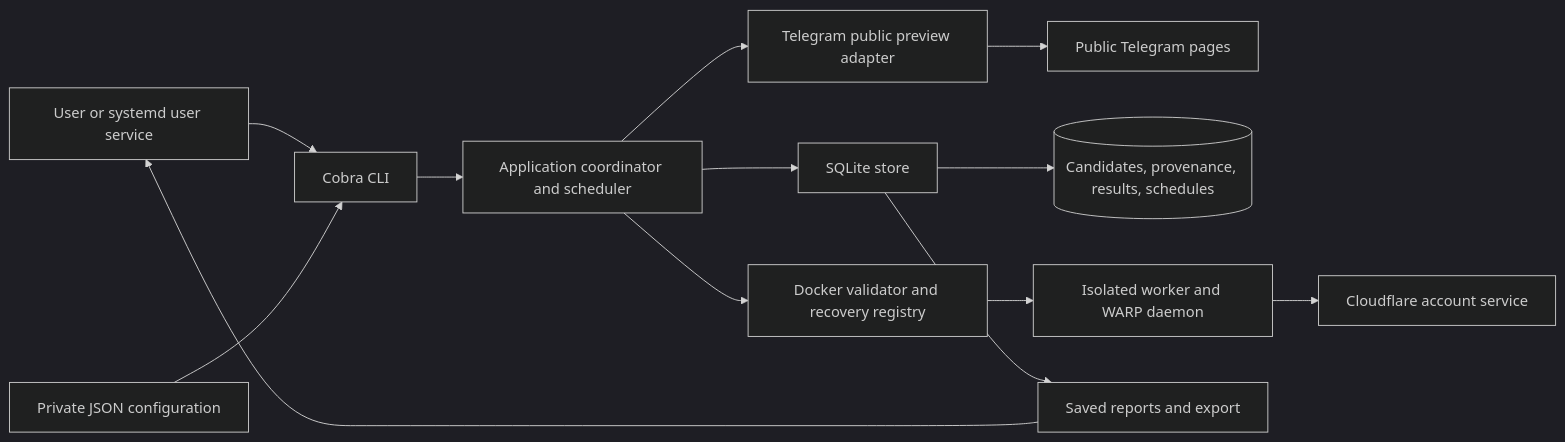
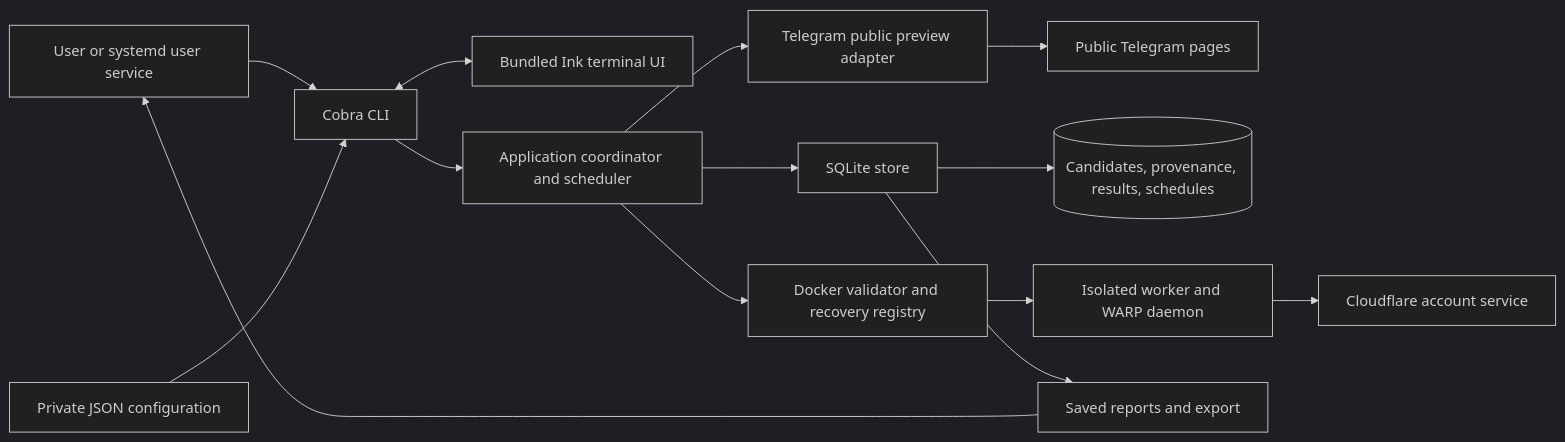
One commit to nguyen-duc-loc/warp-plus-connector changed the diagram in README.md. Above: the diagram before and after it, drawn with Mermaid (dark theme). The commit also changed other lines of this file and 2 other files, not shown here.

Commit message:
docs: showcase the interactive terminal workflow

````diff
--- a/README.md
+++ b/README.md
@@ -234,15 +303,16 @@
 ```mermaid
 flowchart LR
     User[User or systemd user service] --> CLI[Cobra CLI]
     Config[Private JSON configuration] --> CLI
+    CLI <--> Terminal[Bundled Ink terminal UI]
     CLI --> App[Application coordinator and scheduler]
     App --> Source[Telegram public preview adapter]
     Source --> Telegram[Public Telegram pages]
     App --> Store[SQLite store]
     Store --> DB[(Candidates, provenance, results, schedules)]
     App --> Validator[Docker validator and recovery registry]
     Validator --> Worker[Isolated worker and WARP daemon]
     Worker --> Provider[Cloudflare account service]
     Store --> Read[Saved reports and export]
     Read --> User
 ```
````
